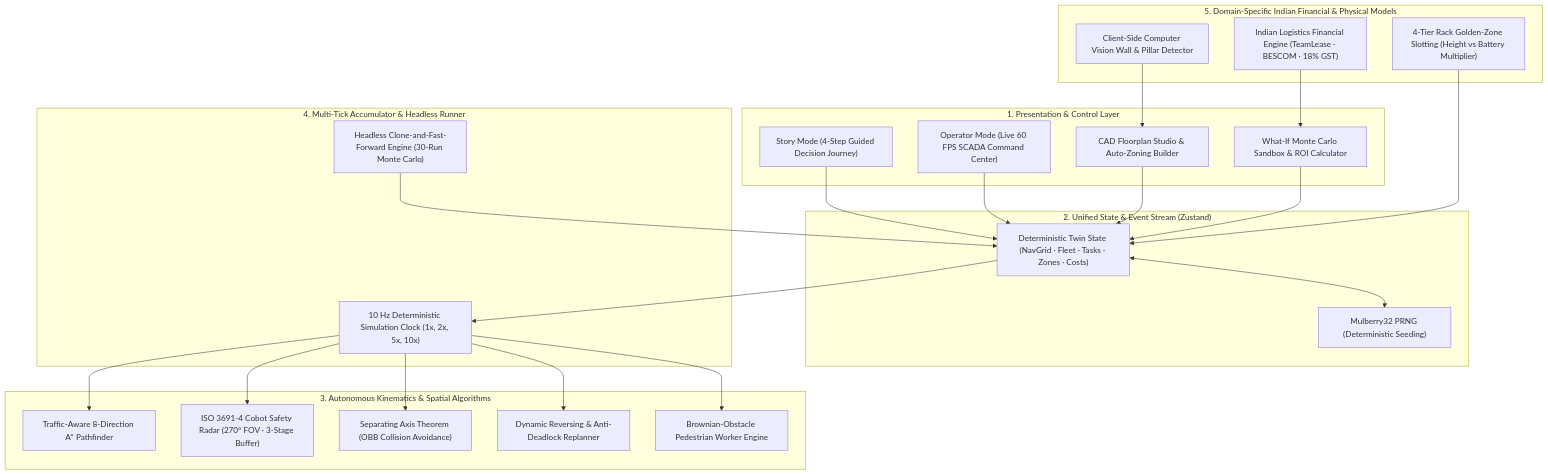
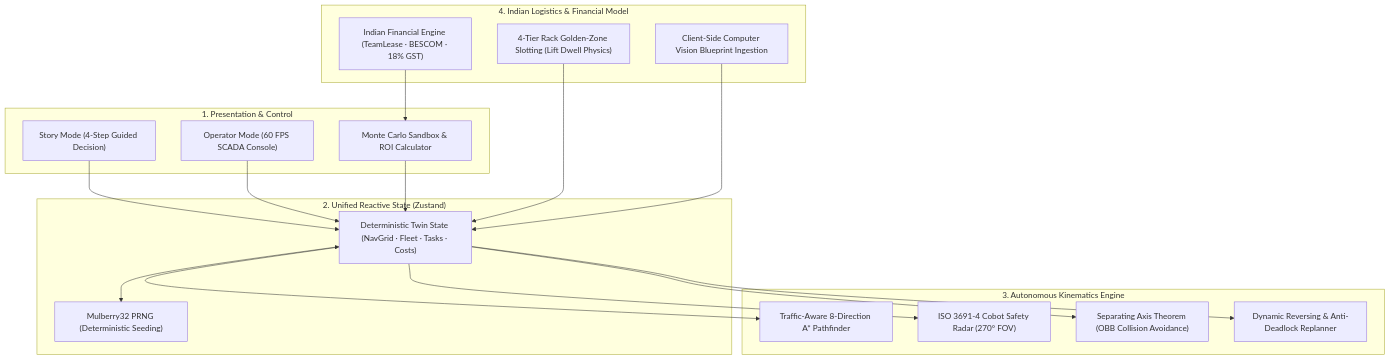
The diagram in README.md (mo-farooq/NexusTwin), drawn with Mermaid before and after one commit. The commit also changed other lines of this file, not shown here.

Commit message:
docs: streamline README for fast hackathon judging and skimmability

````diff
--- a/README.md
+++ b/README.md
@@ -164,51 +156,39 @@
 ```mermaid
 graph TD
-    subgraph UI_Layer["1. Presentation & Control Layer"]
-        StoryMode["Story Mode (4-Step Guided Decision Journey)"]
-        OperatorMode["Operator Mode (Live 60 FPS SCADA Command Center)"]
-        StudioBuilder["CAD Floorplan Studio & Auto-Zoning Builder"]
-        DecisionModal["What-If Monte Carlo Sandbox & ROI Calculator"]
+    subgraph UI_Layer["1. Presentation & Control"]
+        StoryMode["Story Mode (4-Step Guided Decision)"]
+        OperatorMode["Operator Mode (60 FPS SCADA Console)"]
+        DecisionModal["Monte Carlo Sandbox & ROI Calculator"]
     end
 
-    subgraph State_Layer["2. Unified State & Event Stream (Zustand)"]
-        Store["Deterministic Twin State (NavGrid · Fleet · Tasks · Zones · Costs)"]
+    subgraph State_Layer["2. Unified Reactive State (Zustand)"]
+        Store["Deterministic Twin State (NavGrid · Fleet · Tasks · Costs)"]
         Mulberry["Mulberry32 PRNG (Deterministic Seeding)"]
     end
 
-    subgraph Physics_Engine["3. Autonomous Kinematics & Spatial Algorithms"]
+    subgraph Physics_Engine["3. Autonomous Kinematics Engine"]
         AStar["Traffic-Aware 8-Direction A* Pathfinder"]
-        ISO["ISO 3691-4 Cobot Safety Radar (270° FOV · 3-Stage Buffer)"]
+        ISO["ISO 3691-4 Cobot Safety Radar (270° FOV)"]
         SAT["Separating Axis Theorem (OBB Collision Avoidance)"]
         Deadlock["Dynamic Reversing & Anti-Deadlock Replanner"]
-        HumanSim["Brownian-Obstacle Pedestrian Worker Engine"]
     end
 
-    subgraph Simulation_Execution["4. Multi-Tick Accumulator & Headless Runner"]
-        Clock["10 Hz Deterministic Simulation Clock (1x, 2x, 5x, 10x)"]
-        WhatIfEngine["Headless Clone-and-Fast-Forward Engine (30-Run Monte Carlo)"]
-    end
-
-    subgraph Hardware_And_Cost["5. Domain-Specific Indian Financial & Physical Models"]
-        RackSlotting["4-Tier Rack Golden-Zone Slotting (Height vs Battery Multiplier)"]
-        CostModel["Indian Logistics Financial Engine (TeamLease · BESCOM · 18% GST)"]
-        CVScanner["Client-Side Computer Vision Wall & Pillar Detector"]
+    subgraph Hardware_And_Cost["4. Indian Logistics & Financial Model"]
+        RackSlotting["4-Tier Rack Golden-Zone Slotting (Lift Dwell Physics)"]
+        CostModel["Indian Financial Engine (TeamLease · BESCOM · 18% GST)"]
+        CVScanner["Client-Side Computer Vision Blueprint Ingestion"]
     end
 
     StoryMode --> Store
     OperatorMode --> Store
-    StudioBuilder --> Store
     DecisionModal --> Store
 
     Store <--> Mulberry
-    Store --> Clock
-    Clock --> AStar
-    Clock --> ISO
-    Clock --> SAT
-    Clock --> Deadlock
-    Clock --> HumanSim
-
-    WhatIfEngine --> Store
+    Store --> AStar
+    Store --> ISO
+    Store --> SAT
+    Store --> Deadlock
     RackSlotting --> Store
     CostModel --> DecisionModal
-    CVScanner --> StudioBuilder
+    CVScanner --> Store
 ```
````
